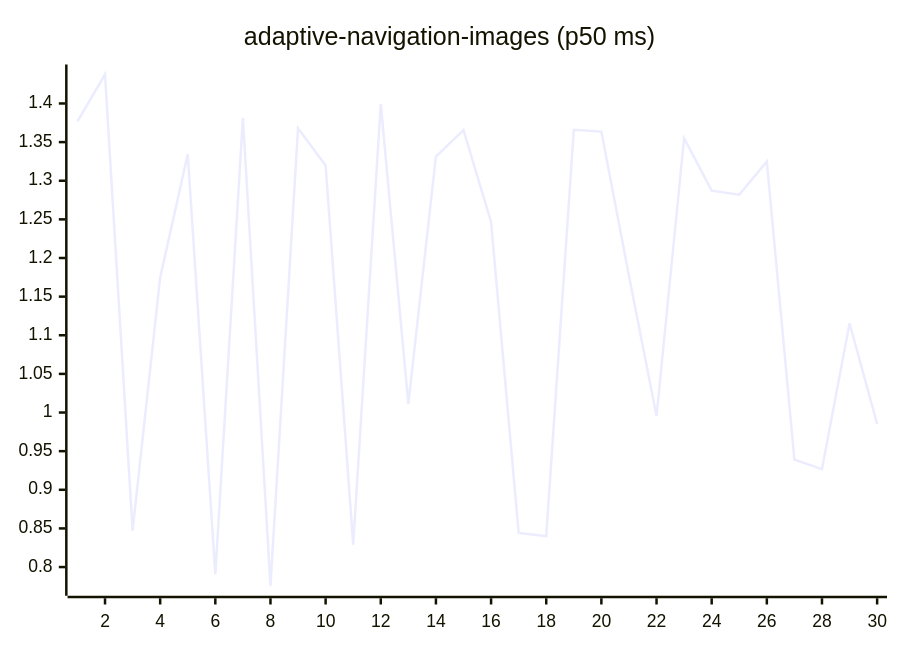
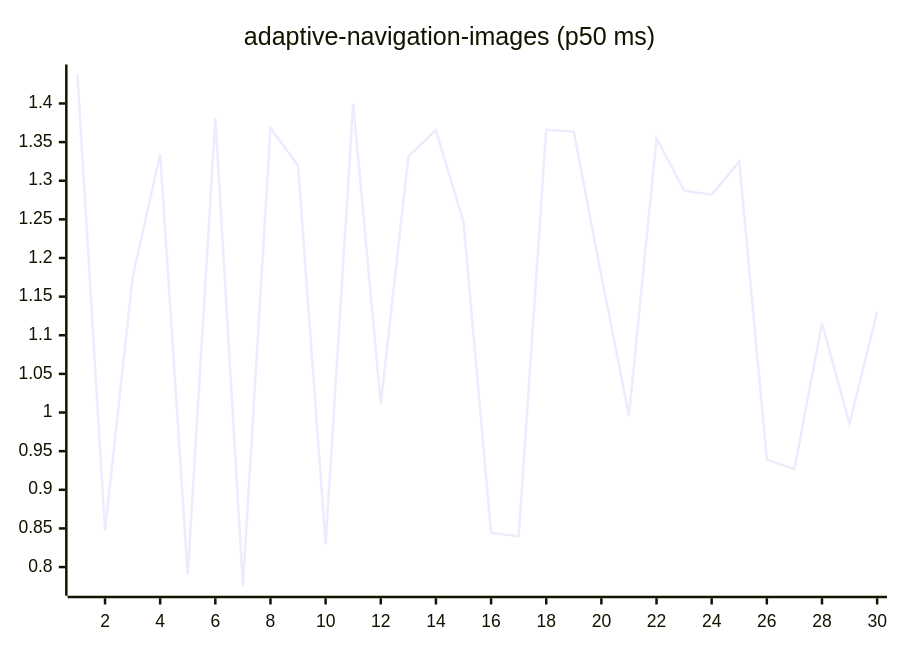
One commit to josha/Facet changed the first of 27 diagrams in README.md. Above: the diagram before and after it, drawn with Mermaid. The commit also changed other lines of this file and 2 other files, not shown here.

````diff
--- a/README.md
+++ b/README.md
@@ -63,6 +63,6 @@
 ```mermaid
 xychart-beta
     title "adaptive-navigation-images (p50 ms)"
     x-axis 1 --> 30
-    line [1.3769, 1.4375, 0.8471, 1.1748, 1.3343, 0.7905, 1.3810, 0.7758, 1.3680, 1.3197, 0.8291, 1.3996, 1.0110, 1.3313, 1.3656, 1.2466, 0.8441, 0.8400, 1.3659, 1.3636, 1.1770, 0.9954, 1.3550, 1.2872, 1.2820, 1.3247, 0.9391, 0.9267, 1.1155, 0.9853]
+    line [1.4375, 0.8471, 1.1748, 1.3343, 0.7905, 1.3810, 0.7758, 1.3680, 1.3197, 0.8291, 1.3996, 1.0110, 1.3313, 1.3656, 1.2466, 0.8441, 0.8400, 1.3659, 1.3636, 1.1770, 0.9954, 1.3550, 1.2872, 1.2820, 1.3247, 0.9391, 0.9267, 1.1155, 0.9853, 1.1303]
 ```
````
